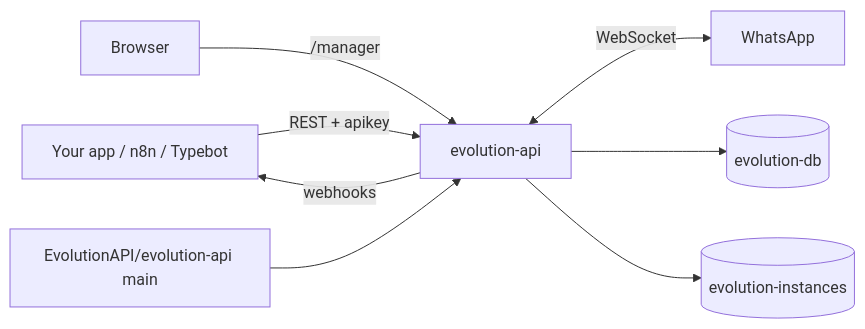
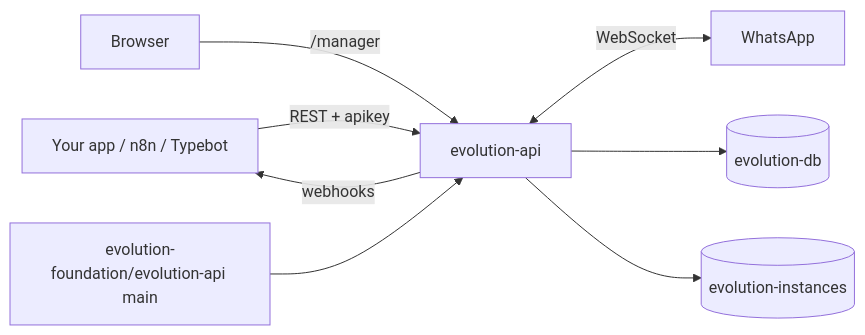
One commit to render-examples/evolution-api changed the diagram in README.md. Above: the diagram before and after it, drawn with Mermaid. The commit also changed other lines of this file and 1 other file, not shown here.

Commit message:
Point at evolution-foundation upstream; fix troubleshooting notes

````diff
--- a/README.md
+++ b/README.md
@@ -40,10 +40,10 @@
 ```mermaid
 flowchart LR
   client["Your app / n8n / Typebot"] -->|REST + apikey| api["evolution-api"]
   admin["Browser"] -->|/manager| api
   api <-->|WebSocket| wa["WhatsApp"]
   api --> db[("evolution-db")]
   api --> disk[("evolution-instances")]
   api -->|webhooks| client
-  upstream["EvolutionAPI/evolution-api main"] --> api
+  upstream["evolution-foundation/evolution-api main"] --> api
 ```
````
